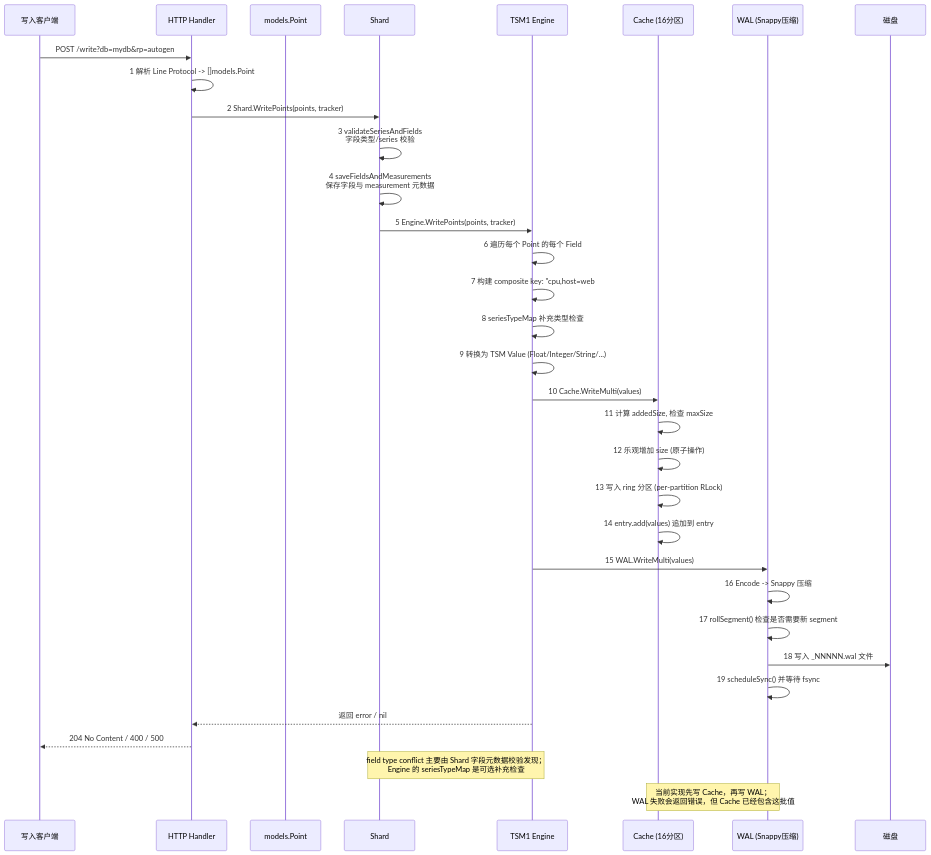
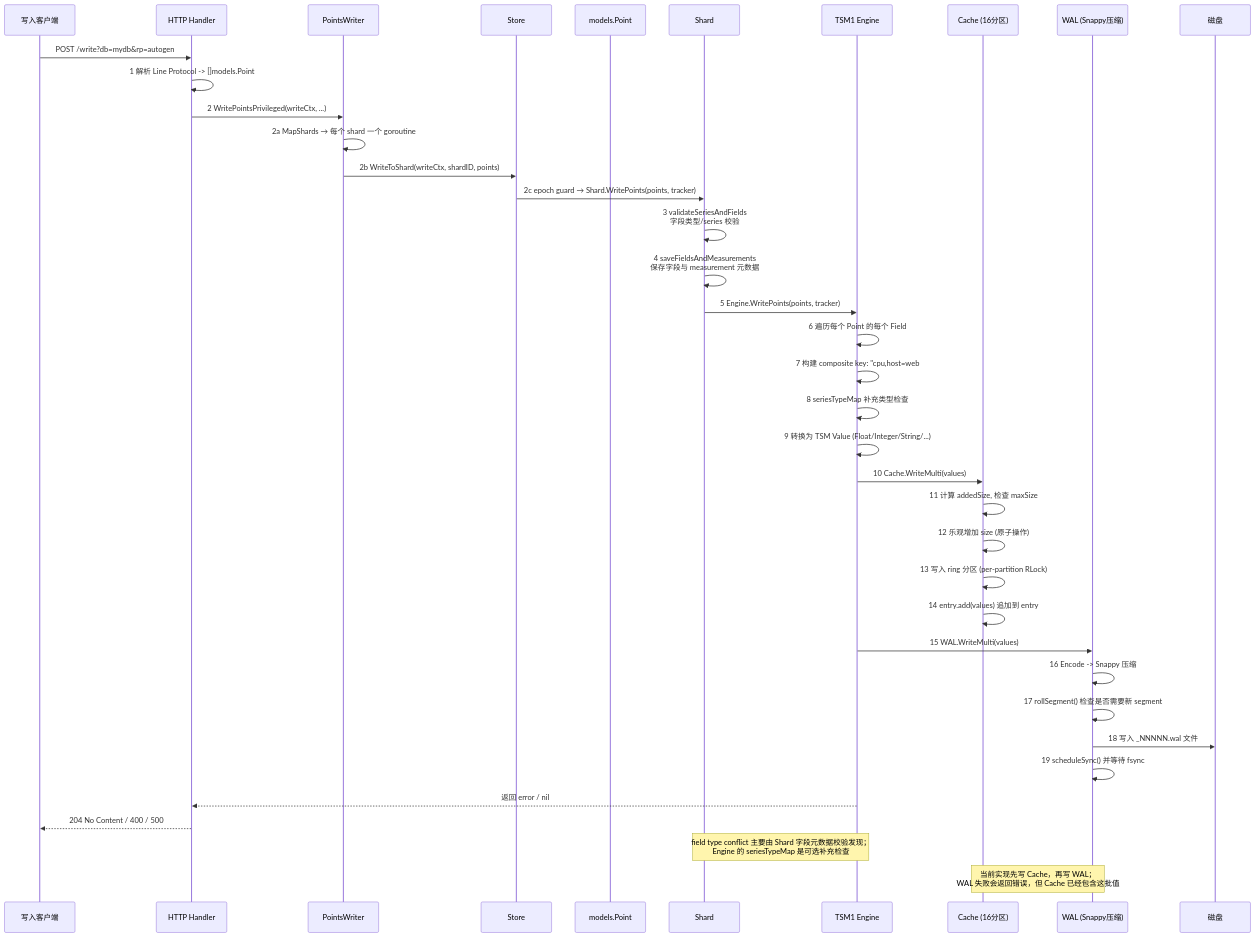
One commit to stefanv5/influxdb changed the first of 20 diagrams in docs/specs/01_write_engine_spec.md. Above: the diagram before and after it, drawn with Mermaid. The commit also changed other lines of this file and 16 other files, not shown here.

First line of the commit message:
docs: correct and deepen the 17 architecture specs

````diff
--- a/docs/specs/01_write_engine_spec.md
+++ b/docs/specs/01_write_engine_spec.md
@@ -15,41 +15,46 @@
 ```mermaid
 sequenceDiagram
     participant Client as 写入客户端
     participant HTTP as HTTP Handler
+    participant PW as PointsWriter
+    participant Store as Store
     participant Point as models.Point
     participant Shard as Shard
     participant Engine as TSM1 Engine
     participant Cache as Cache (16分区)
     participant WAL as WAL (Snappy压缩)
     participant Disk as 磁盘
 
     Client->>HTTP: POST /write?db=mydb&rp=autogen
     HTTP->>HTTP: 1 解析 Line Protocol -> []models.Point
-    HTTP->>Shard: 2 Shard.WritePoints(points, tracker)
+    HTTP->>PW: 2 WritePointsPrivileged(writeCtx, ...)
+    PW->>PW: 2a MapShards → 每个 shard 一个 goroutine
+    PW->>Store: 2b WriteToShard(writeCtx, shardID, points)
+    Store->>Shard: 2c epoch guard → Shard.WritePoints(points, tracker)
     Shard->>Shard: 3 validateSeriesAndFields<br/>字段类型/series 校验
     Shard->>Shard: 4 saveFieldsAndMeasurements<br/>保存字段与 measurement 元数据
     Shard->>Engine: 5 Engine.WritePoints(points, tracker)
 
     Engine->>Engine: 6 遍历每个 Point 的每个 Field
     Engine->>Engine: 7 构建 composite key: "cpu,host=web#!~#value"
     Engine->>Engine: 8 seriesTypeMap 补充类型检查
     Engine->>Engine: 9 转换为 TSM Value (Float/Integer/String/...)
 
     Engine->>Cache: 10 Cache.WriteMulti(values)
     Cache->>Cache: 11 计算 addedSize, 检查 maxSize
     Cache->>Cache: 12 乐观增加 size (原子操作)
     Cache->>Cache: 13 写入 ring 分区 (per-partition RLock)
     Cache->>Cache: 14 entry.add(values) 追加到 entry
 
     Engine->>WAL: 15 WAL.WriteMulti(values)
     WAL->>WAL: 16 Encode -> Snappy 压缩
     WAL->>WAL: 17 rollSegment() 检查是否需要新 segment
     WAL->>Disk: 18 写入 _NNNNN.wal 文件
     WAL->>WAL: 19 scheduleSync() 并等待 fsync
 
     Engine-->>HTTP: 返回 error / nil
     HTTP-->>Client: 204 No Content / 400 / 500
 
     Note over Shard,Engine: field type conflict 主要由 Shard 字段元数据校验发现；<br/>Engine 的 seriesTypeMap 是可选补充检查
     Note over Cache,WAL: 当前实现先写 Cache，再写 WAL；<br/>WAL 失败会返回错误，但 Cache 已经包含这批值
 ```
````
